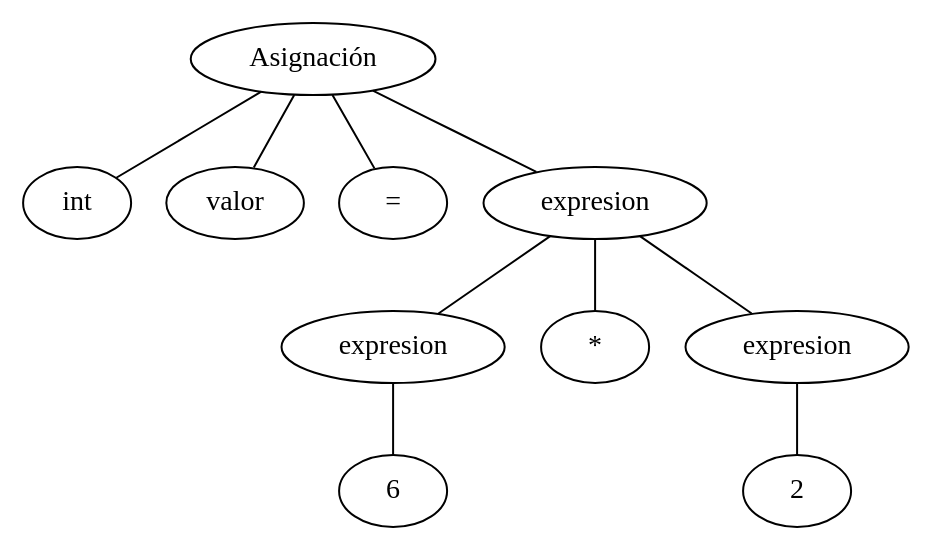
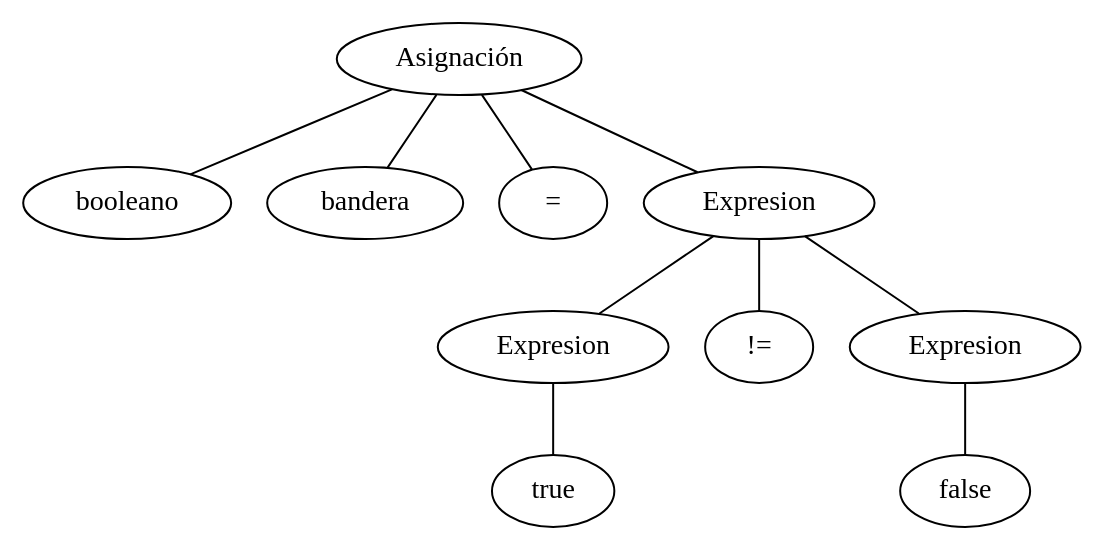
Before and after one commit to DanielGarcia-201901103/OLC1_Proyecto2_201901103: the diagram in Backend/analisisSem/ReportesArchivos/grafo.dot, drawn with Graphviz. The commit also changed 8 other files, not shown here.

```diff
--- a/Backend/analisisSem/ReportesArchivos/grafo.dot
+++ b/Backend/analisisSem/ReportesArchivos/grafo.dot
@@ -1,21 +1,21 @@
 graph {
 ordering="out"
-1[label="6"]
-2[label="expresion"]
+1[label="true"]
+2[label="Expresion"]
 2--1
-3[label="2"]
-4[label="expresion"]
+3[label="false"]
+4[label="Expresion"]
 4--3
-5[label="*"]
-6[label="expresion"]
+5[label="!="]
+6[label="Expresion"]
 6--2
 6--5
 6--4
-7[label="valor"]
+7[label="bandera"]
 8[label="Asignación"]
-8--int
+8--booleano
 8--7
 8--"="
 8--6
 
 }
```
